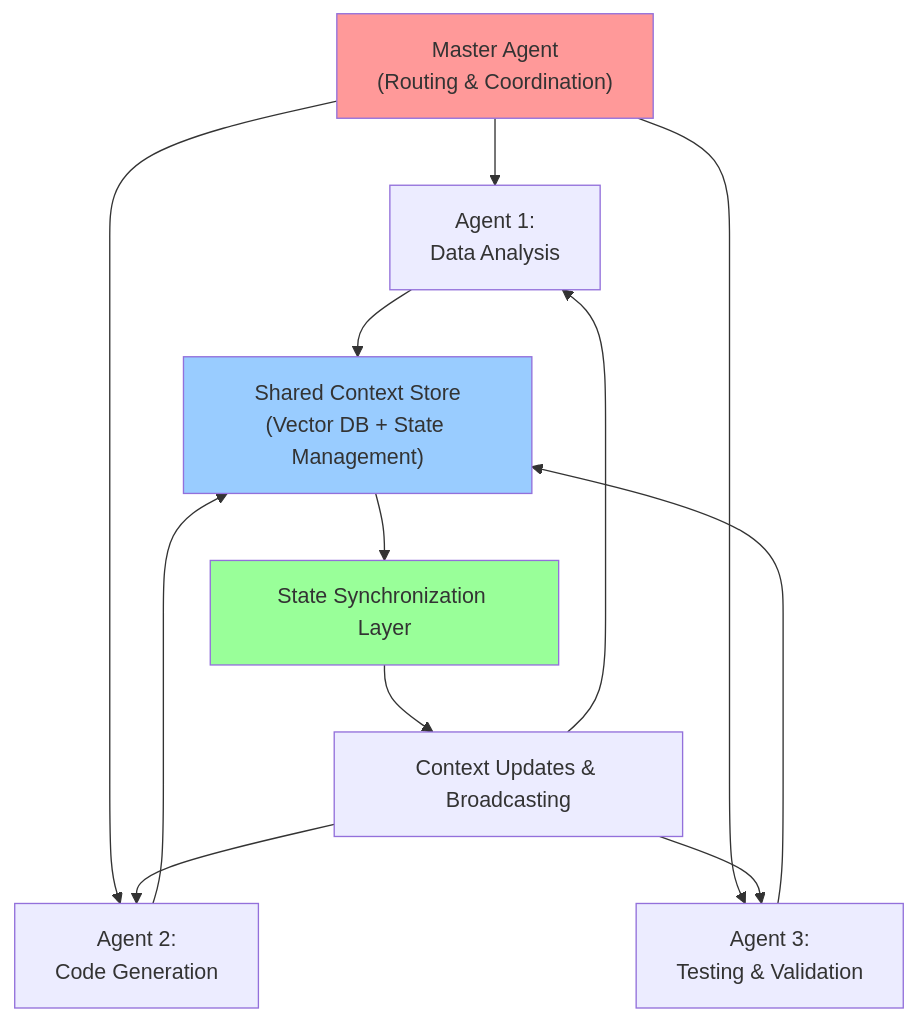
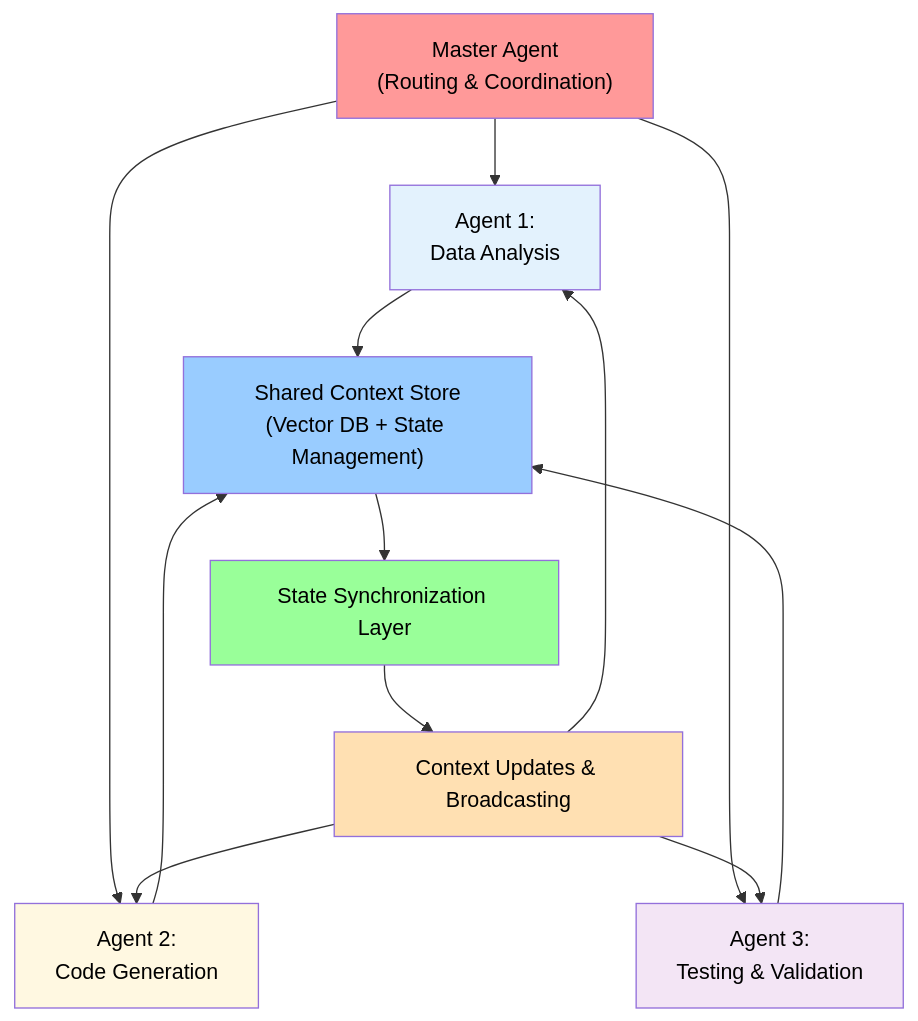
The fifth of 8 diagrams in docs/02-context-engineering-foundations.md (bprzybys-nc/ctx-eng-plus), drawn with Mermaid before and after one commit. The commit also changed other lines of this file and 8 other files, not shown here.

````diff
--- a/docs/02-context-engineering-foundations.md
+++ b/docs/02-context-engineering-foundations.md
@@ -758,21 +777,25 @@
 ```mermaid
 graph TB
     A["Master Agent<br/>(Routing & Coordination)"] --> B["Agent 1:<br/>Data Analysis"]
     A --> C["Agent 2:<br/>Code Generation"]
     A --> D["Agent 3:<br/>Testing & Validation"]
 
     B --> E["Shared Context Store<br/>(Vector DB + State Management)"]
     C --> E
     D --> E
 
     E --> F["State Synchronization Layer"]
     F --> G["Context Updates & Broadcasting"]
 
     G --> B
     G --> C
     G --> D
 
-    style A fill:#ff9999
-    style E fill:#99ccff
-    style F fill:#99ff99
+    style A fill:#ff9999,color:#000
+    style B fill:#e3f2fd,color:#000
+    style C fill:#fff8e1,color:#000
+    style D fill:#f3e5f5,color:#000
+    style E fill:#99ccff,color:#000
+    style F fill:#99ff99,color:#000
+    style G fill:#ffe0b2,color:#000
 ```
````
